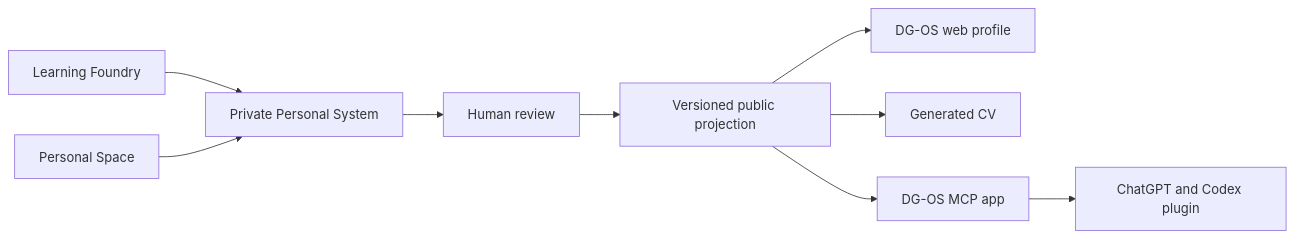
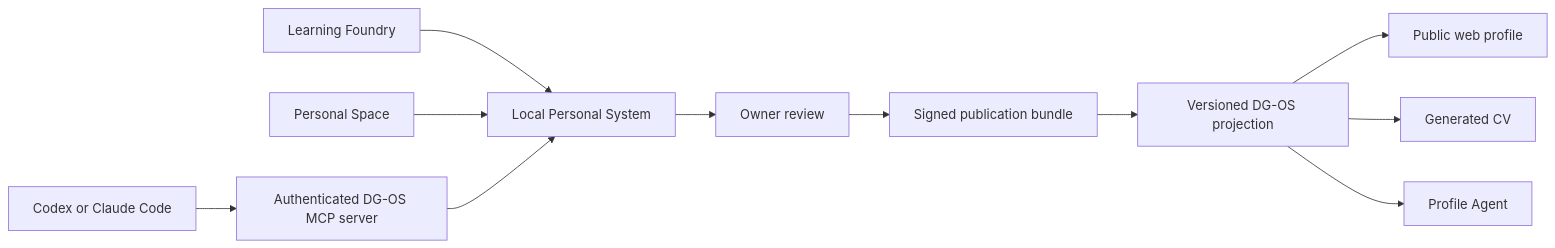
One commit to DG-creative-lab/dg-labs-os changed the diagram in docs/DG_OS_PRODUCT_ROADMAP.md. Above: the diagram before and after it, drawn with Mermaid. The commit also changed other lines of this file and 11 other files, not shown here.

Commit message:
docs: establish expansion architecture baseline

````diff
--- a/docs/DG_OS_PRODUCT_ROADMAP.md
+++ b/docs/DG_OS_PRODUCT_ROADMAP.md
@@ -70,11 +105,13 @@
 ```mermaid
 flowchart LR
-    F["Learning Foundry"] --> P["Private Personal System"]
-    S["Personal Space"] --> P
-    P --> R["Human review"]
-    R --> X["Versioned public projection"]
-    X --> W["DG-OS web profile"]
-    X --> C["Generated CV"]
-    X --> M["DG-OS MCP app"]
-    M --> O["ChatGPT and Codex plugin"]
+    F["Learning Foundry"] --> S["Local Personal System"]
+    D["Personal Space"] --> S
+    S --> R["Owner review"]
+    R --> B["Signed publication bundle"]
+    B --> P["Versioned DG-OS projection"]
+    P --> W["Public web profile"]
+    P --> C["Generated CV"]
+    P --> A["Profile Agent"]
+    X["Codex or Claude Code"] --> M["Authenticated DG-OS MCP server"]
+    M --> S
 ```
````
